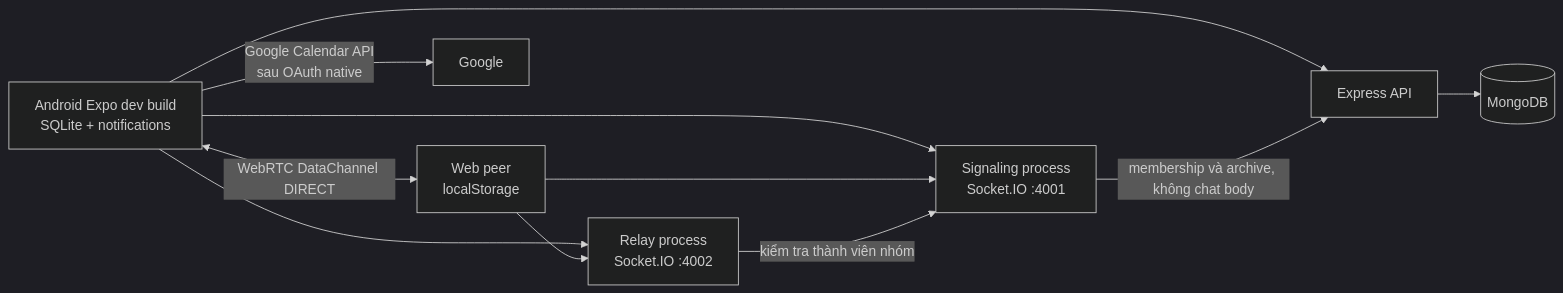
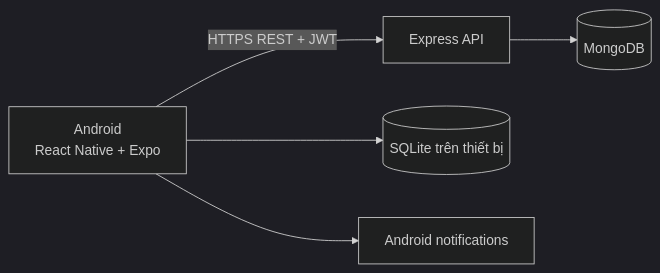
One commit to Ngocnguyen055/mobile_app changed the first of 2 diagrams in docs/architecture.md. Above: the diagram before and after it, drawn with Mermaid (dark theme). The commit also changed other lines of this file and 92 other files, not shown here.

````diff
--- a/docs/architecture.md
+++ b/docs/architecture.md
@@ -3,13 +5,7 @@
 ```mermaid
 flowchart LR
-  Android[Android Expo dev build\nSQLite + notifications] --> API[Express API]
-  Android --> Signal[Signaling process\nSocket.IO :4001]
-  Android --> Relay[Relay process\nSocket.IO :4002]
-  Web[Web peer\nlocalStorage] --> Signal
-  Web --> Relay
-  Android <-->|WebRTC DataChannel DIRECT| Web
+  Mobile[Android\nReact Native + Expo] -->|HTTPS REST + JWT| API[Express API]
   API --> Mongo[(MongoDB)]
-  Signal -->|membership và archive, không chat body| API
-  Relay -->|kiểm tra thành viên nhóm| Signal
-  Android -->|Google Calendar API\nsau OAuth native| Google[Google]
+  Mobile --> SQLite[(SQLite trên thiết bị)]
+  Mobile --> Notify[Android notifications]
 ```
````
